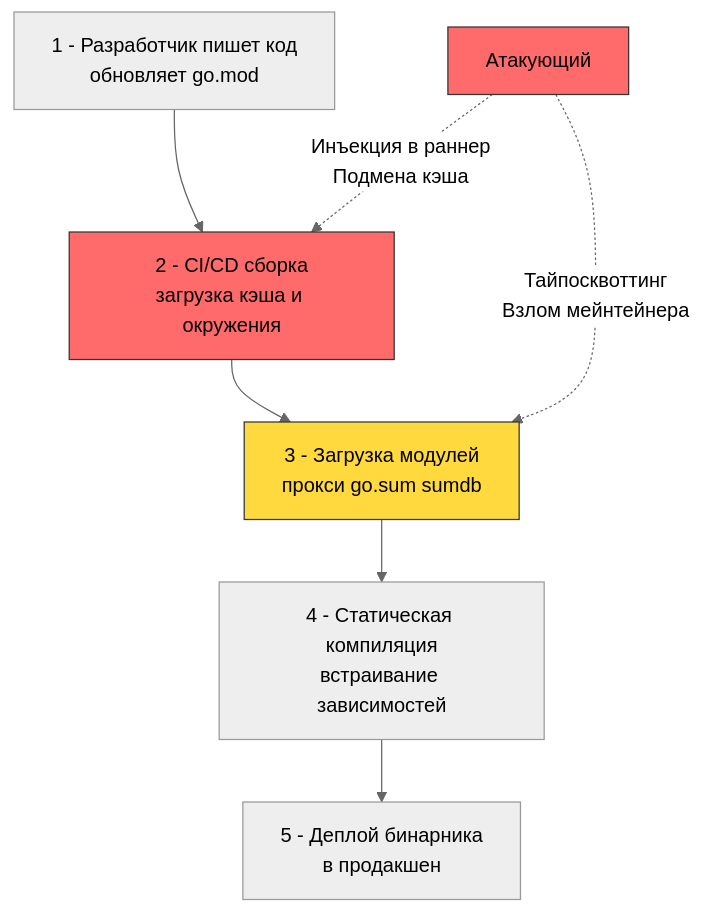
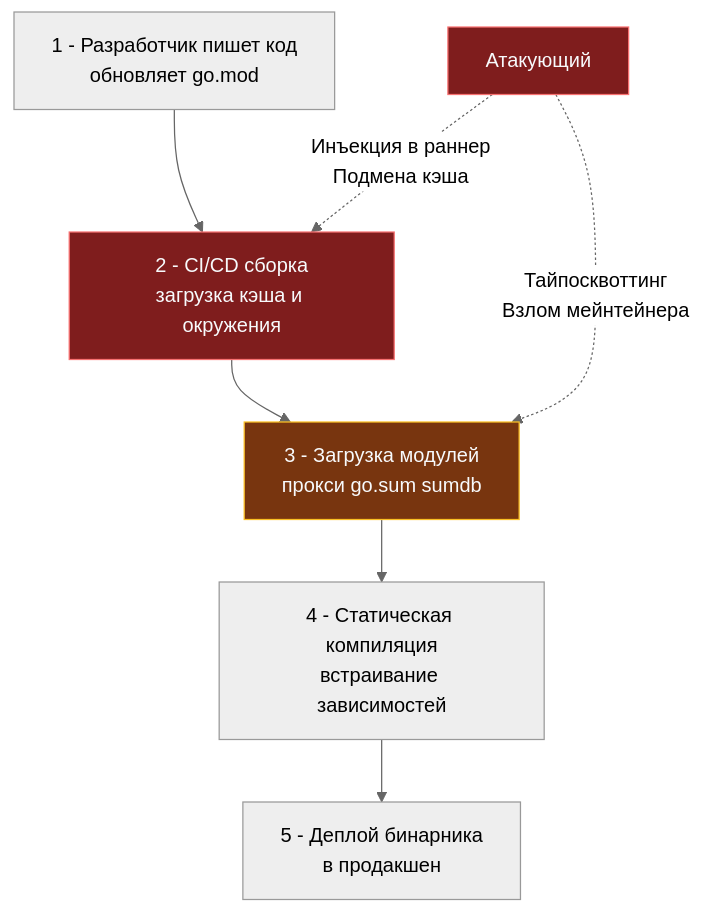
Before and after one commit to UnrealTemplier/go-textbook: the diagram in sources/17. Безопасность (AppSec в Go)/06. Инфраструктура и секреты/5. Supply chain атаки.md, drawn with Mermaid (neutral theme). The commit also changed 310 other files, not shown here.

First line of the commit message:
fix(mermaid): replace light fill colors with dark palette for readability on dark theme

````diff
--- a/sources/17. Безопасность (AppSec в Go)/06. Инфраструктура и секреты/5. Supply chain атаки.md
+++ b/sources/17. Безопасность (AppSec в Go)/06. Инфраструктура и секреты/5. Supply chain атаки.md
@@ -7,12 +7,12 @@
 ```mermaid
 flowchart TD
     A["1 - Разработчик пишет код<br>обновляет go.mod"] --> B["2 - CI/CD сборка<br>загрузка кэша и окружения"]
     B --> C["3 - Загрузка модулей<br>прокси go.sum sumdb"]
     C --> D["4 - Статическая компиляция<br>встраивание зависимостей"]
     D --> E["5 - Деплой бинарника<br>в продакшен"]
     F["Атакующий"] -.->|"Тайпосквоттинг<br>Взлом мейнтейнера"| C
     F -.->|"Инъекция в раннер<br>Подмена кэша"| B
-    style C fill:#ffd93d,stroke:#333
-    style B fill:#ff6b6b,stroke:#333
-    style F fill:#ff6b6b,stroke:#333
+    style C fill:#78350f,stroke:#fbbf24,color:#f8fafc
+    style B fill:#7f1d1d,stroke:#f87171,color:#f8fafc
+    style F fill:#7f1d1d,stroke:#f87171,color:#f8fafc
 ```
````
